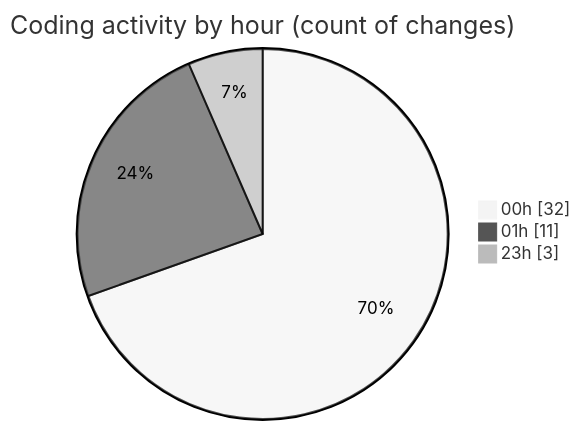
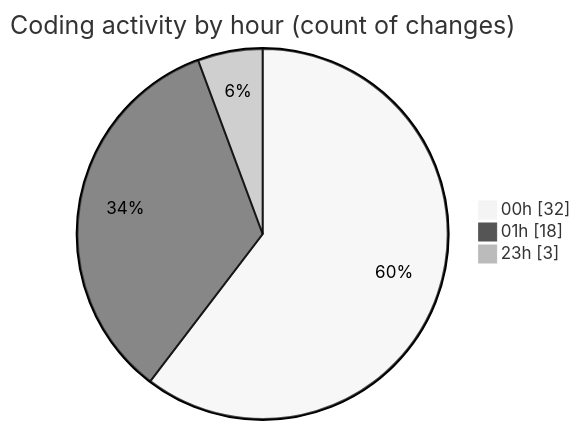
Before and after one commit to lephambinh05/code-tracking: the second of 2 diagrams in 2025-07-28/quanlyrapchieuphim-1/README.md, drawn with Mermaid (neutral theme). The commit also changed other lines of this file and 1 other file, not shown here.

````diff
--- a/2025-07-28/quanlyrapchieuphim-1/README.md
+++ b/2025-07-28/quanlyrapchieuphim-1/README.md
@@ -43,7 +44,7 @@
 ```mermaid
 pie showData
 title Coding activity by hour (count of changes)
 "00h" : 32
-"01h" : 11
+"01h" : 18
 "23h" : 3
 ```
````
